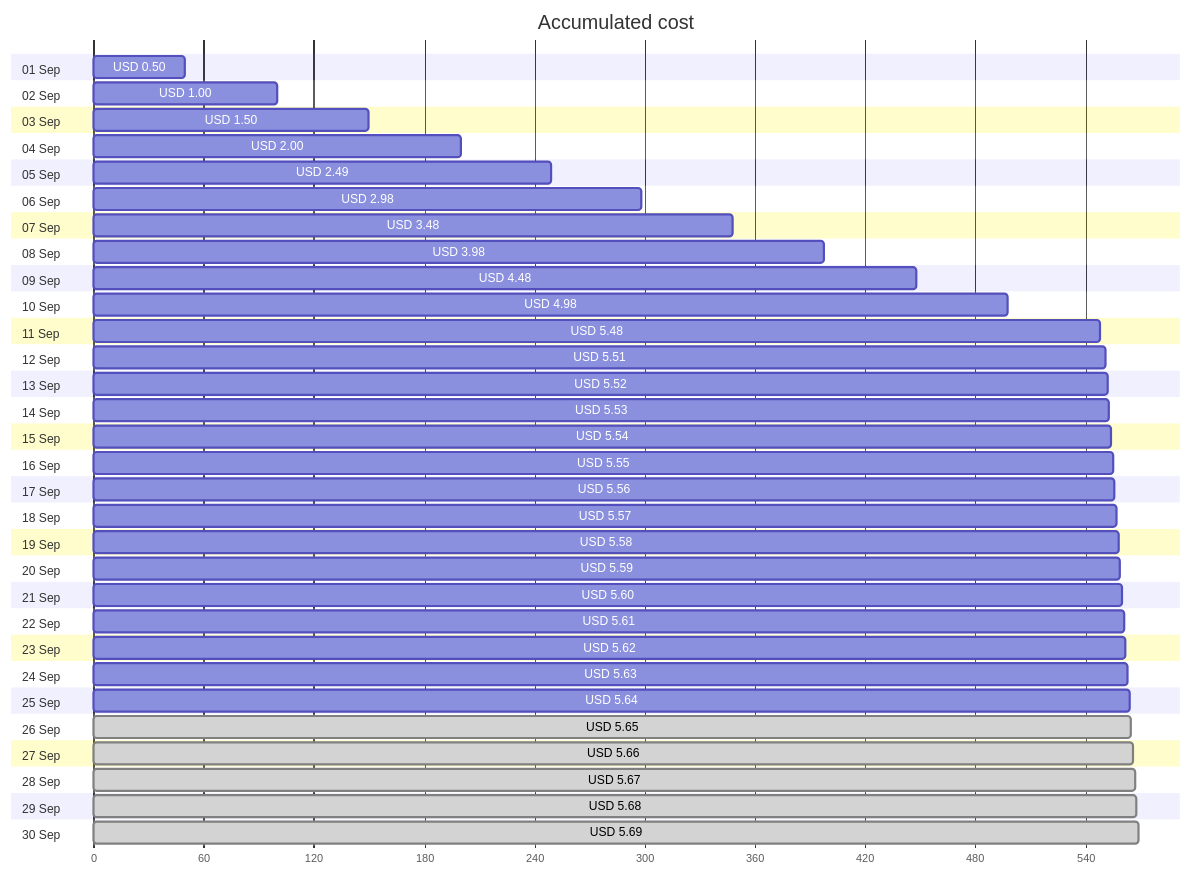
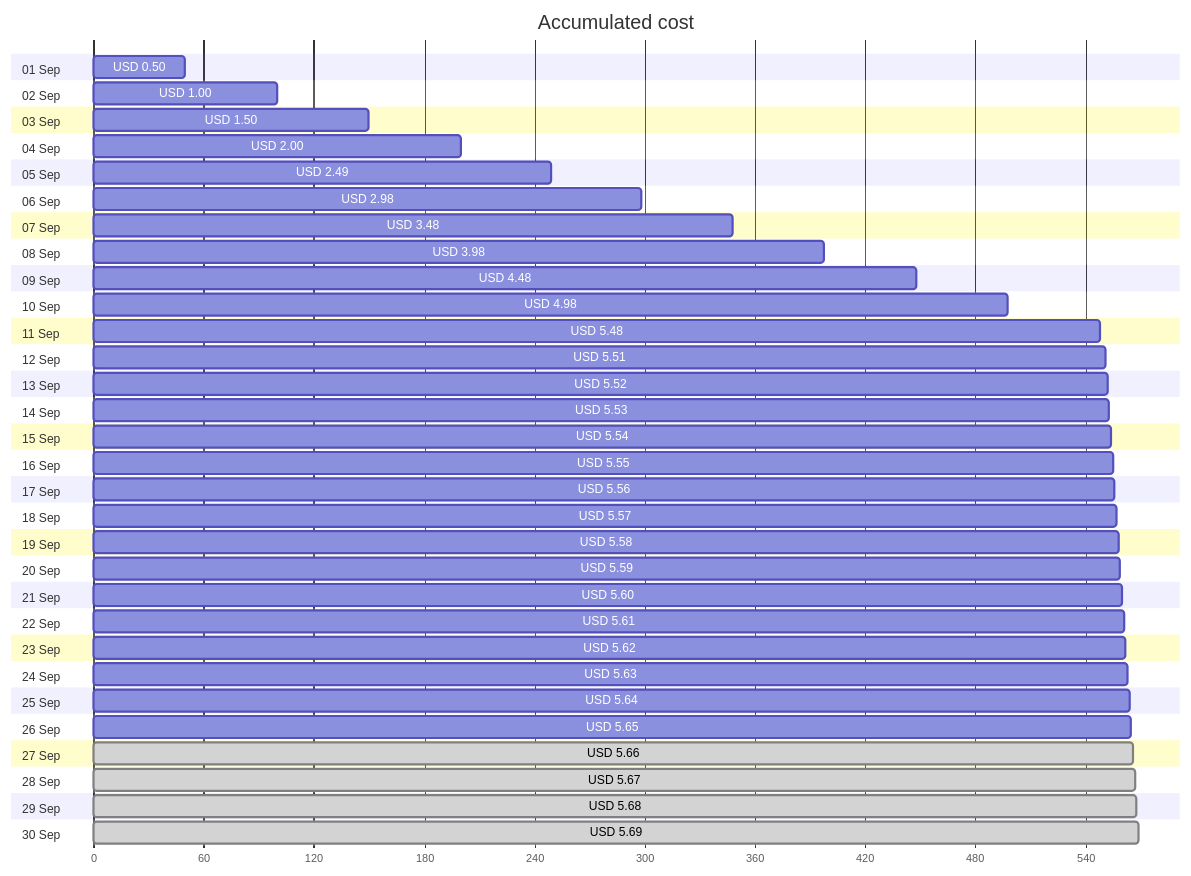
One commit to jpfulton/azure-personal-reports changed the first of 4 diagrams in cost-reports/cloud-shell-storage-eastus/README.md. Above: the diagram before and after it, drawn with Mermaid. The commit also changed other lines of this file and 1 other file, not shown here.

````diff
--- a/cost-reports/cloud-shell-storage-eastus/README.md
+++ b/cost-reports/cloud-shell-storage-eastus/README.md
@@ -20,66 +20,66 @@
 ```mermaid
 gantt
    title Accumulated cost
    dateFormat  X
    axisFormat %s
    section 01 Sep
    USD 0.50 :0, 50
    section 02 Sep
    USD 1.00 :0, 100
    section 03 Sep
    USD 1.50 :0, 150
    section 04 Sep
    USD 2.00 :0, 200
    section 05 Sep
    USD 2.49 :0, 249
    section 06 Sep
    USD 2.98 :0, 298
    section 07 Sep
    USD 3.48 :0, 348
    section 08 Sep
    USD 3.98 :0, 398
    section 09 Sep
    USD 4.48 :0, 448
    section 10 Sep
    USD 4.98 :0, 498
    section 11 Sep
    USD 5.48 :0, 548
    section 12 Sep
    USD 5.51 :0, 551
    section 13 Sep
    USD 5.52 :0, 552
    section 14 Sep
    USD 5.53 :0, 553
    section 15 Sep
    USD 5.54 :0, 554
    section 16 Sep
    USD 5.55 :0, 555
    section 17 Sep
    USD 5.56 :0, 556
    section 18 Sep
    USD 5.57 :0, 557
    section 19 Sep
    USD 5.58 :0, 558
    section 20 Sep
    USD 5.59 :0, 559
    section 21 Sep
    USD 5.60 :0, 560
    section 22 Sep
    USD 5.61 :0, 561
    section 23 Sep
    USD 5.62 :0, 562
    section 24 Sep
    USD 5.63 :0, 563
    section 25 Sep
    USD 5.64 :0, 564
    section 26 Sep
-   USD 5.65 : done, 0, 565
+   USD 5.65 :0, 565
    section 27 Sep
    USD 5.66 : done, 0, 566
    section 28 Sep
    USD 5.67 : done, 0, 567
    section 29 Sep
    USD 5.68 : done, 0, 568
    section 30 Sep
    USD 5.69 : done, 0, 569
 ```
````
